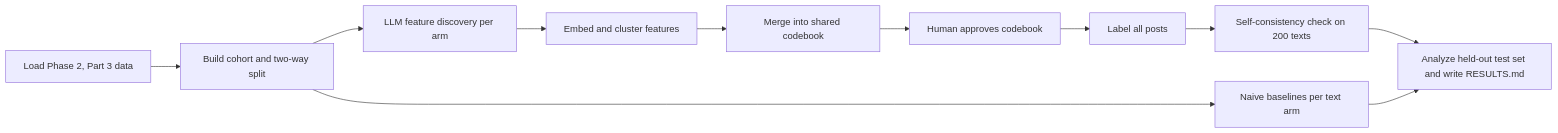
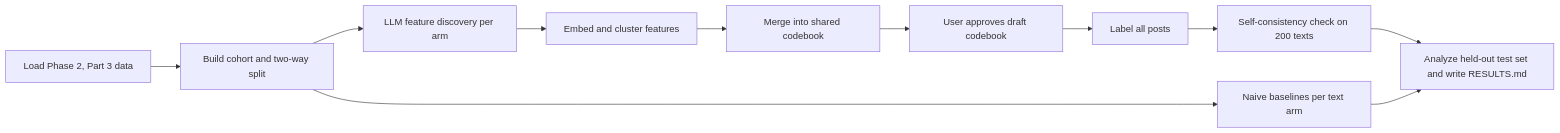
The diagram in docs/plans/2026-09-24_llm_feature_generation_phase_2_part_3_2f71ad/plan.md (METResearchGroup/mirrorView-task), drawn with Mermaid before and after one commit. The commit also changed other lines of this file and 7 other files, not shown here.

````diff
--- a/docs/plans/2026-09-24_llm_feature_generation_phase_2_part_3_2f71ad/plan.md
+++ b/docs/plans/2026-09-24_llm_feature_generation_phase_2_part_3_2f71ad/plan.md
@@ -21,13 +21,13 @@
 ```mermaid
 flowchart LR
   A[Load Phase 2, Part 3 data] --> B[Build cohort and two-way split]
   B --> C[Naive baselines per text arm]
   B --> D[LLM feature discovery per arm]
   D --> E[Embed and cluster features]
   E --> F[Merge into shared codebook]
-  F --> G[Human approves codebook]
+  F --> G[User approves draft codebook]
   G --> H[Label all posts]
   H --> I[Self-consistency check on 200 texts]
   I --> J[Analyze held-out test set and write RESULTS.md]
   C --> J
 ```
````
